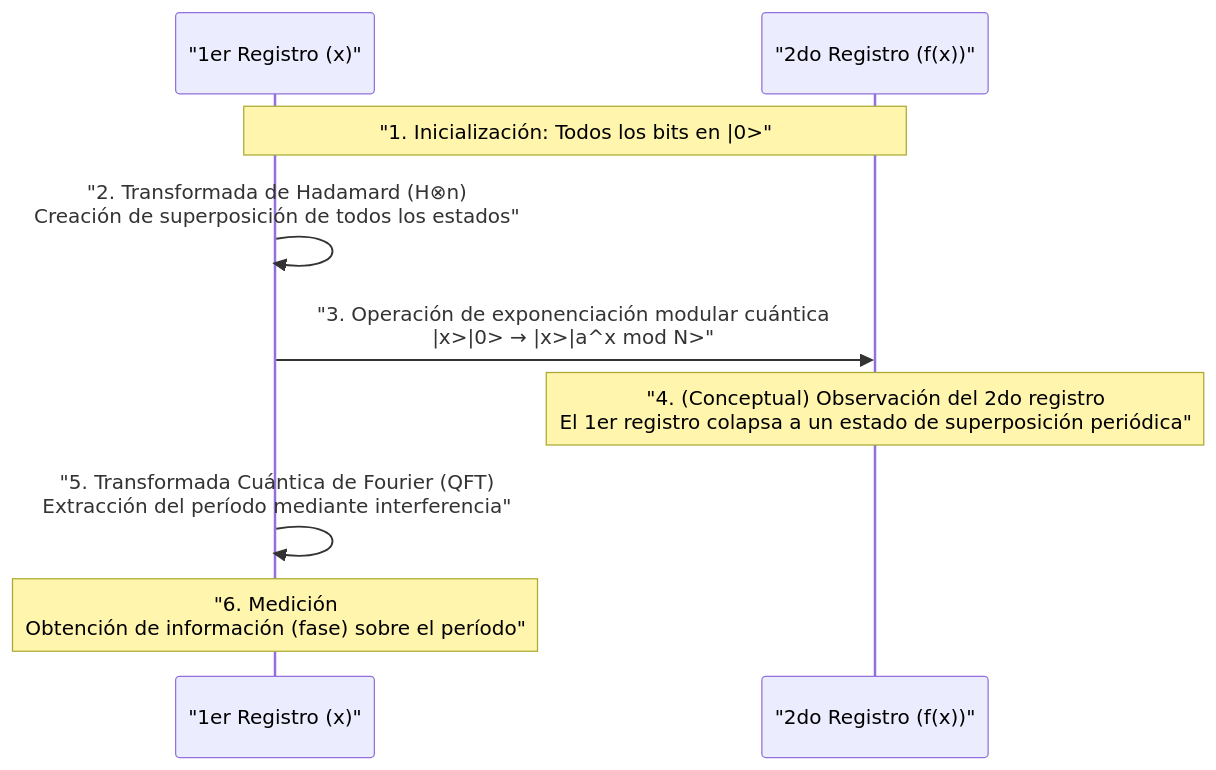
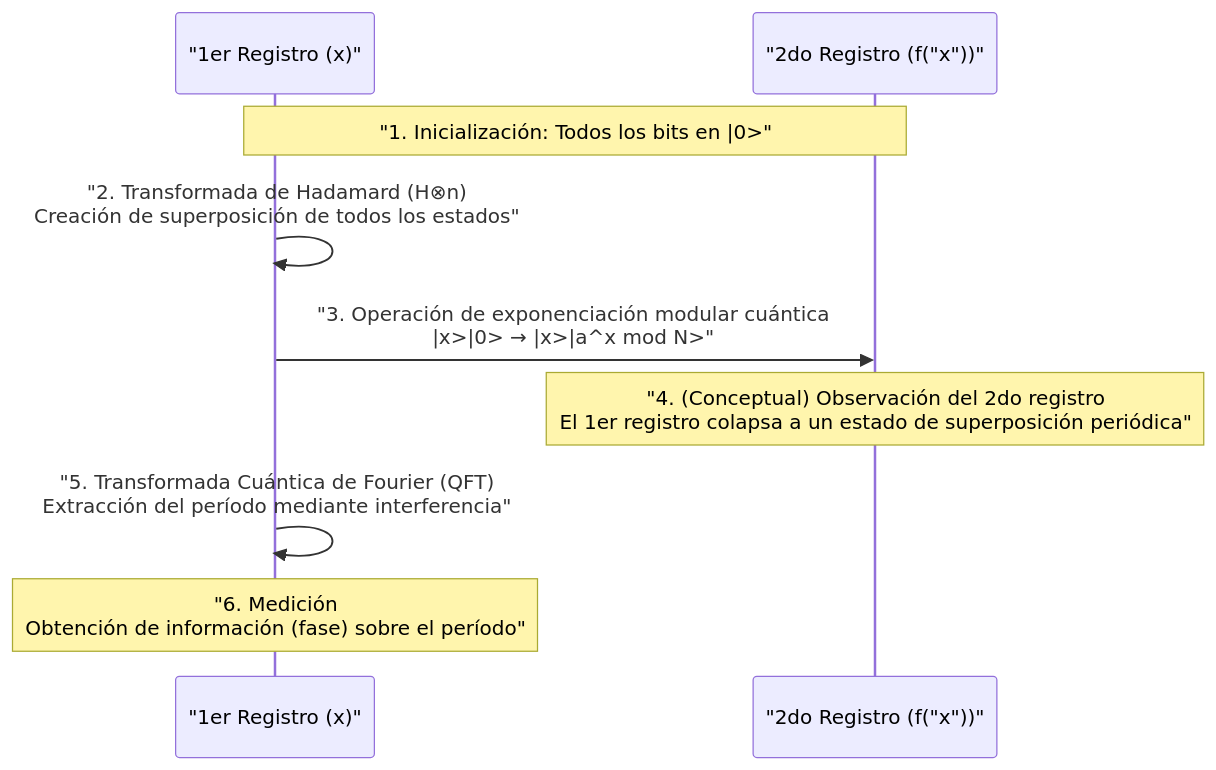
Before and after one commit to kenjinote/blog: the second of 2 diagrams in content/post/quantum-computing-shors-algorithm/index.es.md, drawn with Mermaid. The commit also changed 929 other files, not shown here.

Commit message:
fix: Add double quotes to all Mermaid node texts to resolve syntax errors

````diff
--- a/content/post/quantum-computing-shors-algorithm/index.es.md
+++ b/content/post/quantum-computing-shors-algorithm/index.es.md
@@ -197,12 +197,12 @@
 ```mermaid
 sequenceDiagram
     participant Q_Reg1 as "1er Registro (x)"
-    participant Q_Reg2 as "2do Registro (f(x))"
+    participant Q_Reg2 as "2do Registro (f("x"))"
     
     Note over Q_Reg1,Q_Reg2: "1. Inicialización: Todos los bits en |0>"
     Q_Reg1->>Q_Reg1: "2. Transformada de Hadamard (H⊗n) <br/>Creación de superposición de todos los estados"
     Q_Reg1->>Q_Reg2: "3. Operación de exponenciación modular cuántica <br/> |x>|0> → |x>|a^x mod N>"
     Note over Q_Reg2: "4. (Conceptual) Observación del 2do registro<br/>El 1er registro colapsa a un estado de superposición periódica"
     Q_Reg1->>Q_Reg1: "5. Transformada Cuántica de Fourier (QFT)<br/>Extracción del período mediante interferencia"
     Note over Q_Reg1: "6. Medición<br/>Obtención de información (fase) sobre el período"
 ```
````
